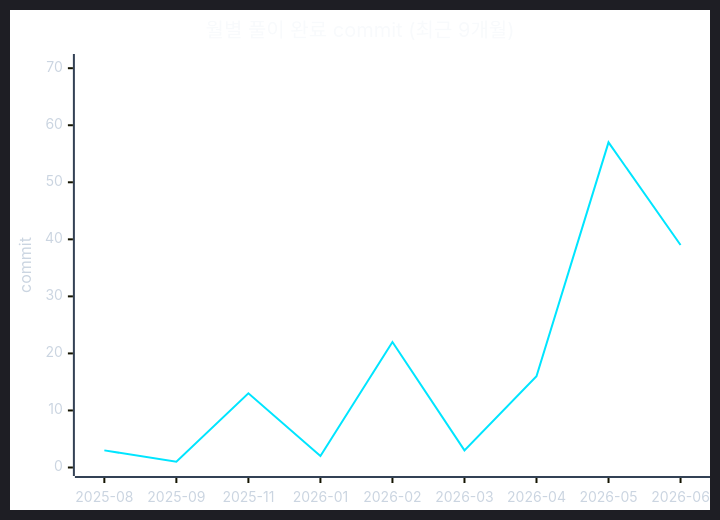
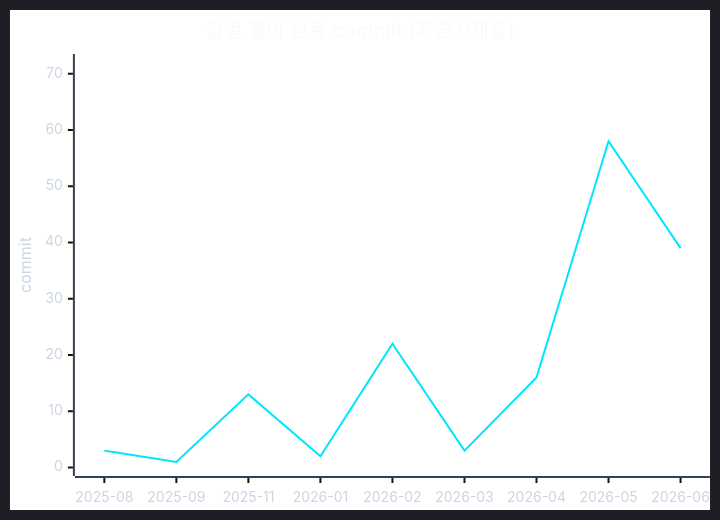
The second of 2 diagrams in readme.md (CHOOSLA/Algorithm), drawn with Mermaid before and after one commit. The commit also changed other lines of this file and 2 other files, not shown here.

````diff
--- a/readme.md
+++ b/readme.md
@@ -71,22 +71,22 @@
 ```mermaid
 ---
 config:
   theme: dark
   themeVariables:
     background: '#0d1117'
     xyChart:
       titleColor: '#f8fafc'
       xAxisLabelColor: '#cbd5e1'
       xAxisTitleColor: '#cbd5e1'
       xAxisLineColor: '#334155'
       yAxisLabelColor: '#cbd5e1'
       yAxisTitleColor: '#cbd5e1'
       yAxisLineColor: '#334155'
       plotColorPalette: '#00e5ff'
 ---
 xychart-beta
   title "월별 풀이 완료 commit (최근 9개월)"
   x-axis ["2025-08", "2025-09", "2025-11", "2026-01", "2026-02", "2026-03", "2026-04", "2026-05", "2026-06"]
-  y-axis "commit" 0 --> 71
-  line [3, 1, 13, 2, 22, 3, 16, 57, 39]
+  y-axis "commit" 0 --> 72
+  line [3, 1, 13, 2, 22, 3, 16, 58, 39]
 ```
````
